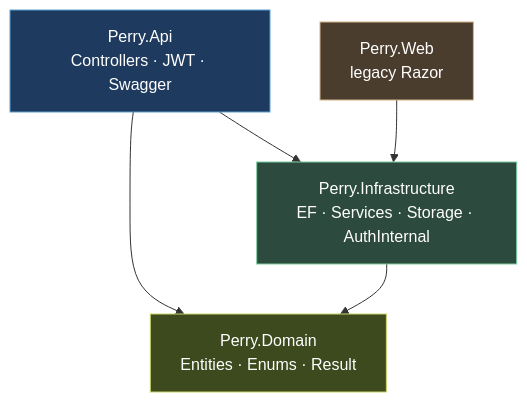
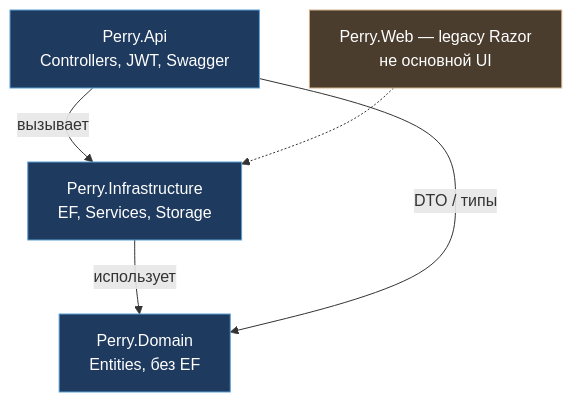
Before and after one commit to ITSTEP-PERRY/perry-front: the diagram in project_defense/03_backend-structure/diagram.mmd, drawn with Mermaid. The commit also changed 41 other files, not shown here.

Commit message:
docs(defense): clearer diagrams, PPTX with per-slide descriptions.

```diff
--- a/project_defense/03_backend-structure/diagram.mmd
+++ b/project_defense/03_backend-structure/diagram.mmd
@@ -1,19 +1,16 @@
 flowchart TB
-  API["Perry.Api<br/>Controllers · JWT · Swagger"]
-  INF["Perry.Infrastructure<br/>EF · Services · Storage · AuthInternal"]
-  DOM["Perry.Domain<br/>Entities · Enums · Result"]
-  WEB["Perry.Web<br/>legacy Razor"]
+  API["Perry.Api<br/>Controllers, JWT, Swagger"]
+  INF["Perry.Infrastructure<br/>EF, Services, Storage"]
+  DOM["Perry.Domain<br/>Entities, без EF"]
 
-  API --> INF
-  API --> DOM
-  INF --> DOM
-  WEB --> INF
+  API -->|"вызывает"| INF
+  INF -->|"использует"| DOM
+  API -->|"DTO / типы"| DOM
+
+  WEB["Perry.Web — legacy Razor<br/>не основной UI"]
+  WEB -.-> INF
 
   classDef a fill:#1e3a5f,stroke:#5b9fd4,color:#fff
-  classDef i fill:#2d4a3e,stroke:#7dcea0,color:#fff
-  classDef d fill:#3d4a1e,stroke:#c9d56a,color:#fff
   classDef w fill:#4a3d2d,stroke:#d4b48a,color:#fff
-  class API a
-  class INF i
-  class DOM d
+  class API,INF,DOM a
   class WEB w
```
